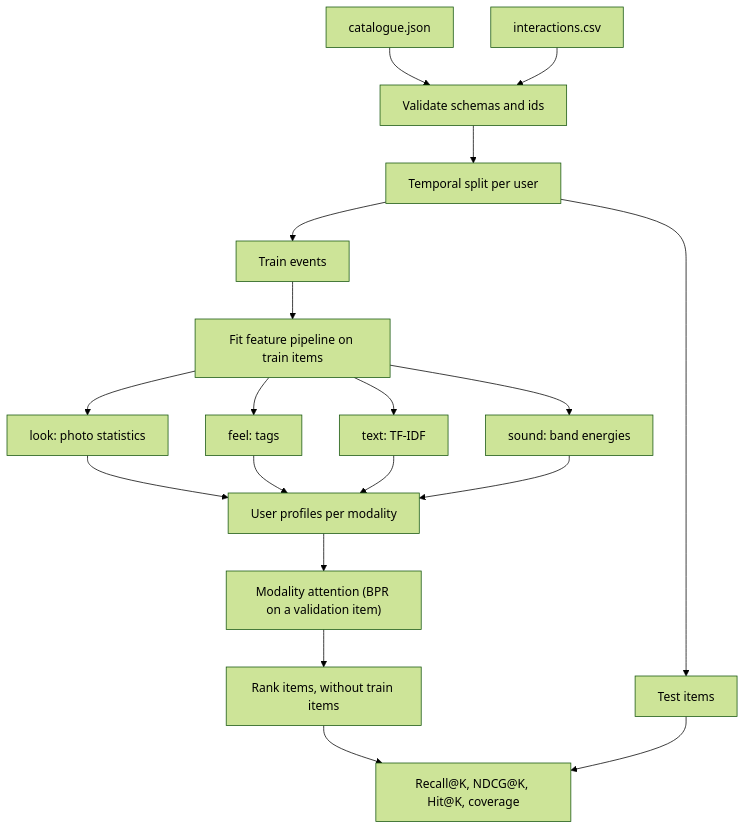
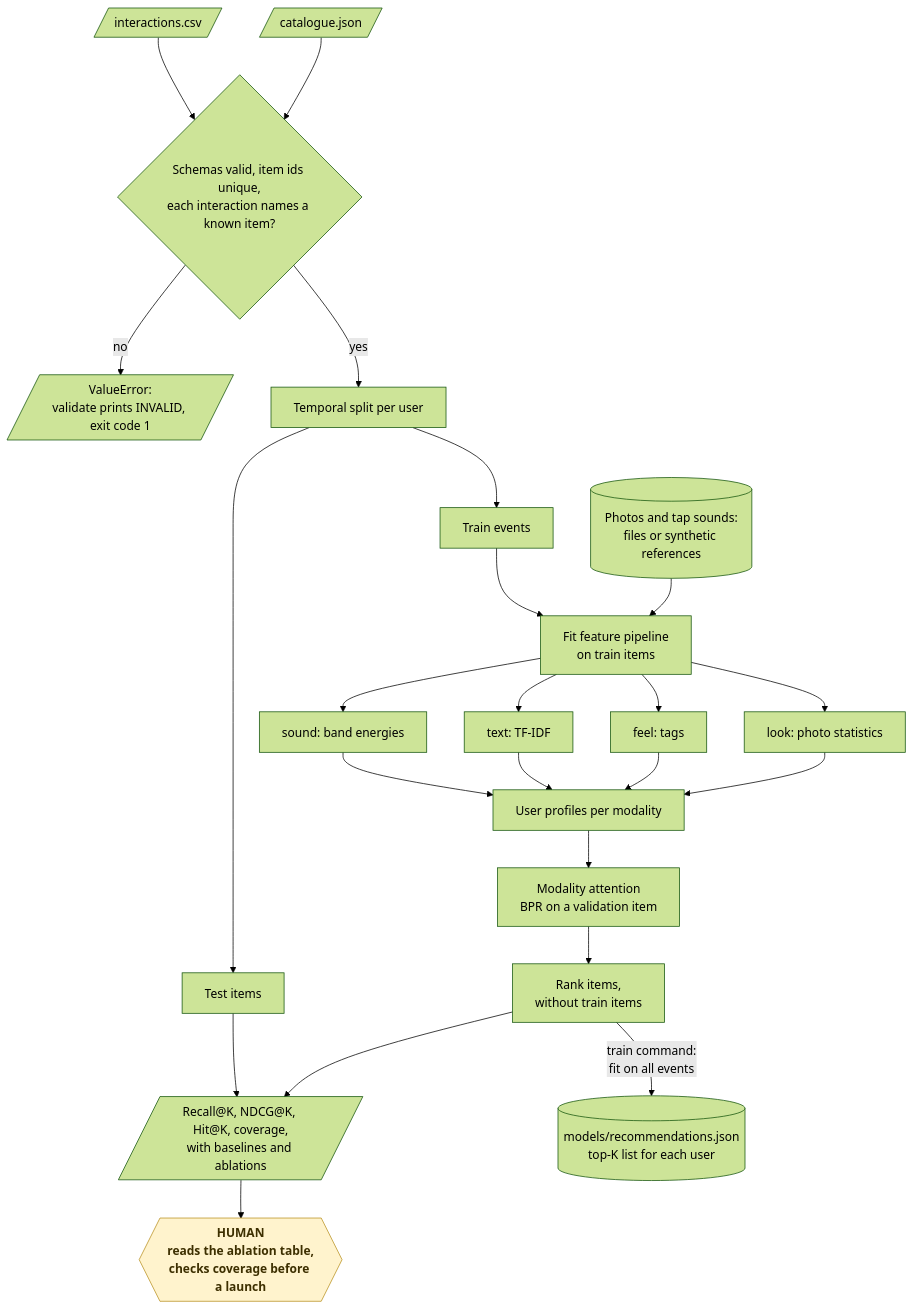
One commit to KrishnaAnnavaram/sensehome changed the fifth of 19 diagrams in README.md. Above: the diagram before and after it, drawn with Mermaid (forest theme). The commit also changed other lines of this file, not shown here.

Commit message:
Add the workflow diagrams to the README

````diff
--- a/README.md
+++ b/README.md
@@ -191,21 +247,28 @@
 ```mermaid
-flowchart TB
-    C["catalogue.json"] --> V["Validate schemas and ids"]
-    I["interactions.csv"] --> V
-    V --> S["Temporal split per user"]
+flowchart TD
+    C[/"catalogue.json"/] --> V{"Schemas valid, item ids unique,<br/>each interaction names a known item?"}
+    I[/"interactions.csv"/] --> V
+    V -- "no" --> INV[/"ValueError:<br/>validate prints INVALID, exit code 1"/]
+    V -- "yes" --> S["Temporal split per user"]
     S --> TR["Train events"]
     S --> TE["Test items"]
-    TR --> FP["Fit feature pipeline on train items"]
+    MEDIA[("Photos and tap sounds:<br/>files or synthetic references")] --> FP
+    TR --> FP["Fit feature pipeline<br/>on train items"]
     FP --> E1["look: photo statistics"]
     FP --> E2["feel: tags"]
     FP --> E3["text: TF-IDF"]
     FP --> E4["sound: band energies"]
     E1 --> P["User profiles per modality"]
     E2 --> P
     E3 --> P
     E4 --> P
-    P --> A["Modality attention (BPR on a validation item)"]
-    A --> R["Rank items, without train items"]
-    R --> M["Recall@K, NDCG@K, Hit@K, coverage"]
+    P --> A["Modality attention<br/>BPR on a validation item"]
+    A --> R["Rank items,<br/>without train items"]
+    R --> M[/"Recall@K, NDCG@K, Hit@K, coverage,<br/>with baselines and ablations"/]
     TE --> M
+    R -- "train command:<br/>fit on all events" --> OUT[("models/recommendations.json<br/>top-K list for each user")]
+    M --> HUMAN{{"HUMAN<br/>reads the ablation table,<br/>checks coverage before a launch"}}
+
+    classDef human fill:#fff3cd,stroke:#b8901f,color:#3d2f00,font-weight:bold
+    class HUMAN human
 ```
````
